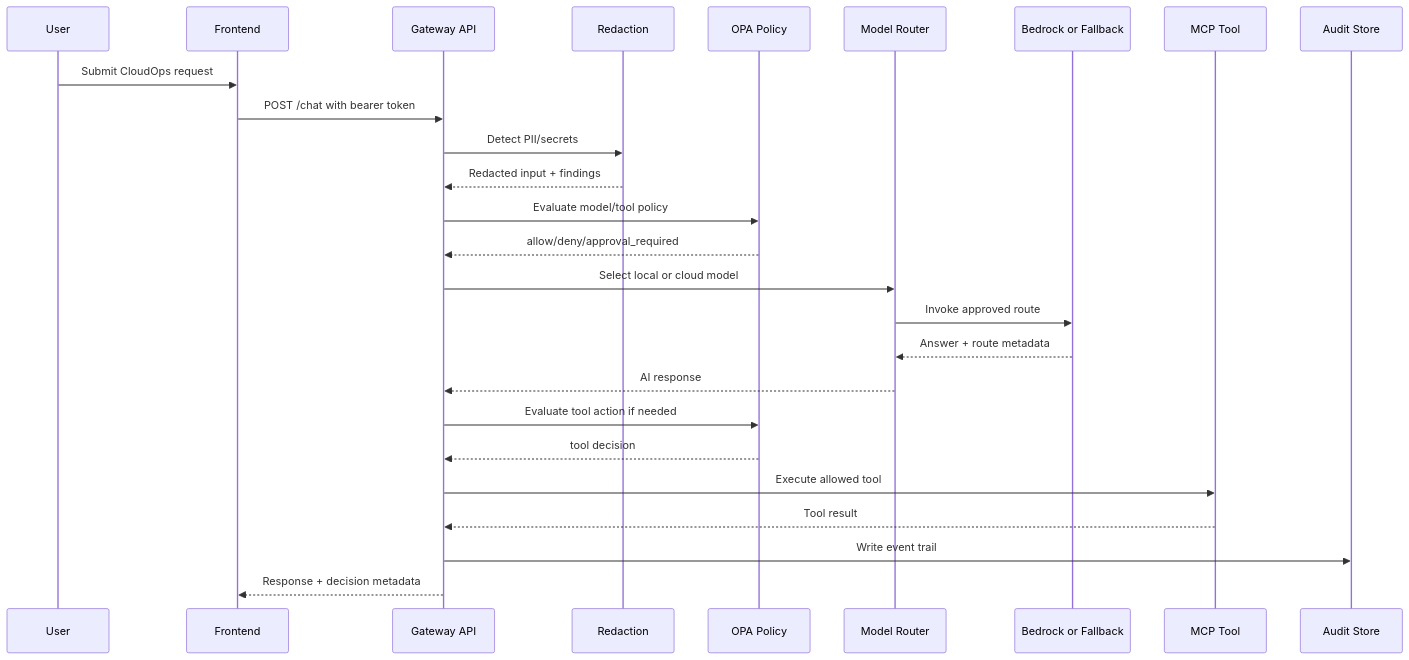
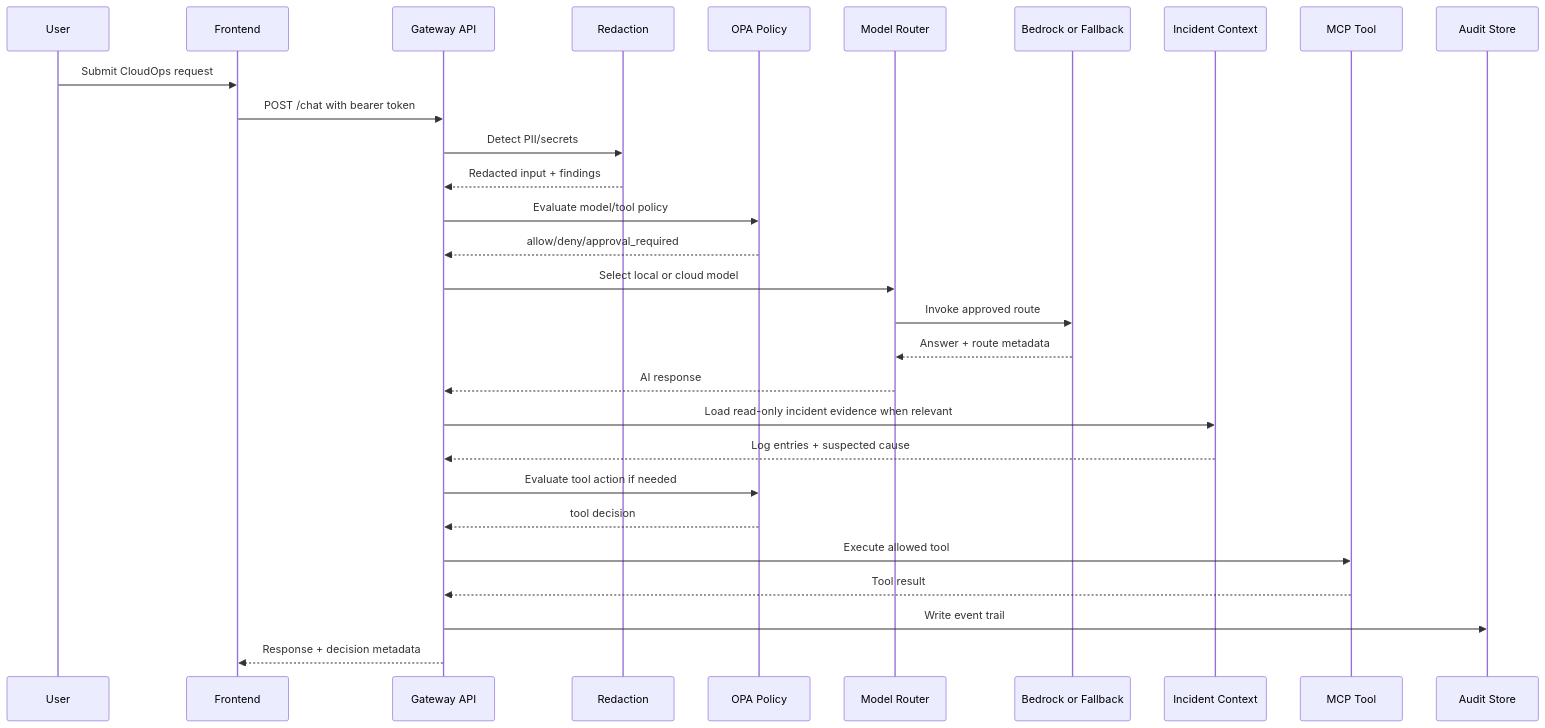
Before and after one commit to manynames3/aegisdesk-cloudops-control-plane: the diagram in docs/architecture/system-architecture.md, drawn with Mermaid. The commit also changed other lines of this file and 16 other files, not shown here.

````diff
--- a/docs/architecture/system-architecture.md
+++ b/docs/architecture/system-architecture.md
@@ -145,29 +163,32 @@
 ```mermaid
 sequenceDiagram
     participant U as User
     participant UI as Frontend
     participant API as Gateway API
     participant R as Redaction
     participant OPA as OPA Policy
     participant MR as Model Router
     participant M as Bedrock or Fallback
+    participant Logs as Incident Context
     participant Tool as MCP Tool
     participant Audit as Audit Store
 
     U->>UI: Submit CloudOps request
     UI->>API: POST /chat with bearer token
     API->>R: Detect PII/secrets
     R-->>API: Redacted input + findings
     API->>OPA: Evaluate model/tool policy
     OPA-->>API: allow/deny/approval_required
     API->>MR: Select local or cloud model
     MR->>M: Invoke approved route
     M-->>MR: Answer + route metadata
     MR-->>API: AI response
+    API->>Logs: Load read-only incident evidence when relevant
+    Logs-->>API: Log entries + suspected cause
     API->>OPA: Evaluate tool action if needed
     OPA-->>API: tool decision
     API->>Tool: Execute allowed tool
     Tool-->>API: Tool result
     API->>Audit: Write event trail
     API-->>UI: Response + decision metadata
 ```
````
